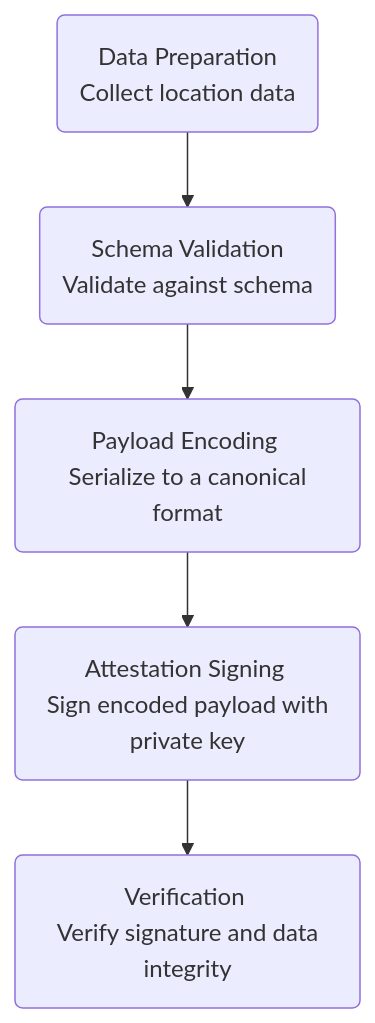
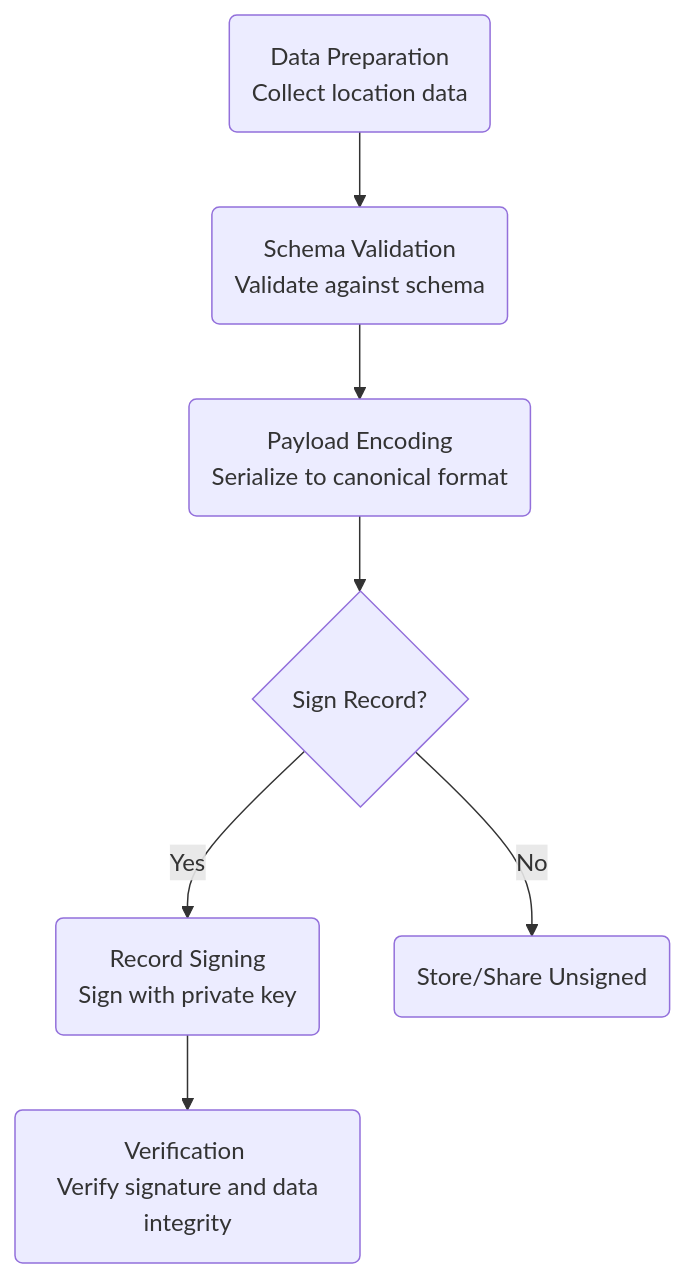
Before and after one commit to DecentralizedGeo/location-protocol-spec: the second of 2 diagrams in docs/spec-page/introduction/core-concepts.md, drawn with Mermaid. The commit also changed other lines of this file and 5 other files, not shown here.

````diff
--- a/docs/spec-page/introduction/core-concepts.md
+++ b/docs/spec-page/introduction/core-concepts.md
@@ -61,7 +61,9 @@
 ```mermaid
 graph TD;
     A(Data Preparation <br/> Collect location data) --> B(Schema Validation <br/> Validate against schema);
-    B --> C(Payload Encoding <br/> Serialize to a canonical format);
-    C --> D(Attestation Signing <br/> Sign encoded payload with private key);
-    D --> E(Verification <br/> Verify signature and data integrity);
+    B --> C(Payload Encoding <br/> Serialize to canonical format);
+    C --> D{Sign Record?};
+    D -- Yes --> E(Record Signing <br/> Sign with private key);
+    D -- No --> F(Store/Share Unsigned);
+    E --> G(Verification <br/> Verify signature and data integrity);
 ```
````
